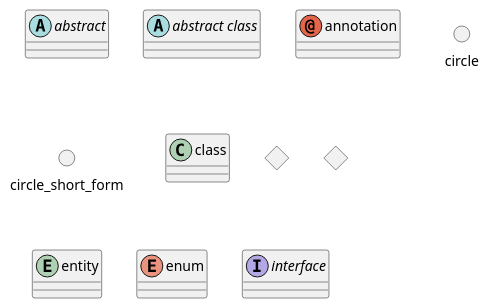
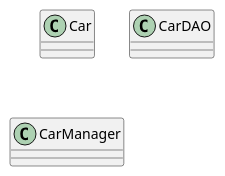
One commit to SaraBriki/TP-ArchitecturesLogicielles-Lab1 changed the diagram in SRP/src/com/directi/training/srp/solution/UML/solution.wsd. Above: the diagram before and after it, drawn with PlantUML. The commit also changed 2 other files, not shown here.

```diff
--- a/SRP/src/com/directi/training/srp/solution/UML/solution.wsd
+++ b/SRP/src/com/directi/training/srp/solution/UML/solution.wsd
@@ -1,13 +1,5 @@
-@startuml
-abstract        abstract
-abstract class  "abstract class"
-annotation      annotation
-circle          circle
-()              circle_short_form
-class           class
-diamond         diamond
-<>              diamond_short_form
-entity          entity
-enum            enum
-interface       interface
+@startuml solution
+class  Car
+class  CarDAO
+class  CarManager
 @enduml
```
